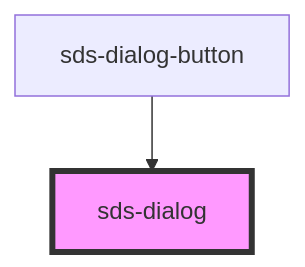
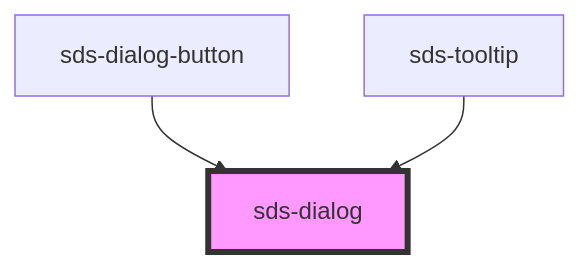
One commit to chodgesfigma/sds-mono changed the diagram in packages/sds-web-components/src/ui/primitives/dialog/sds-dialog/readme.md. Above: the diagram before and after it, drawn with Mermaid. The commit also changed other lines of this file and 16 other files, not shown here.

````diff
--- a/packages/sds-web-components/src/ui/primitives/dialog/sds-dialog/readme.md
+++ b/packages/sds-web-components/src/ui/primitives/dialog/sds-dialog/readme.md
@@ -22,5 +23,6 @@
 ```mermaid
 graph TD;
   sds-dialog-button --> sds-dialog
+  sds-tooltip --> sds-dialog
   style sds-dialog fill:#f9f,stroke:#333,stroke-width:4px
 ```
````
